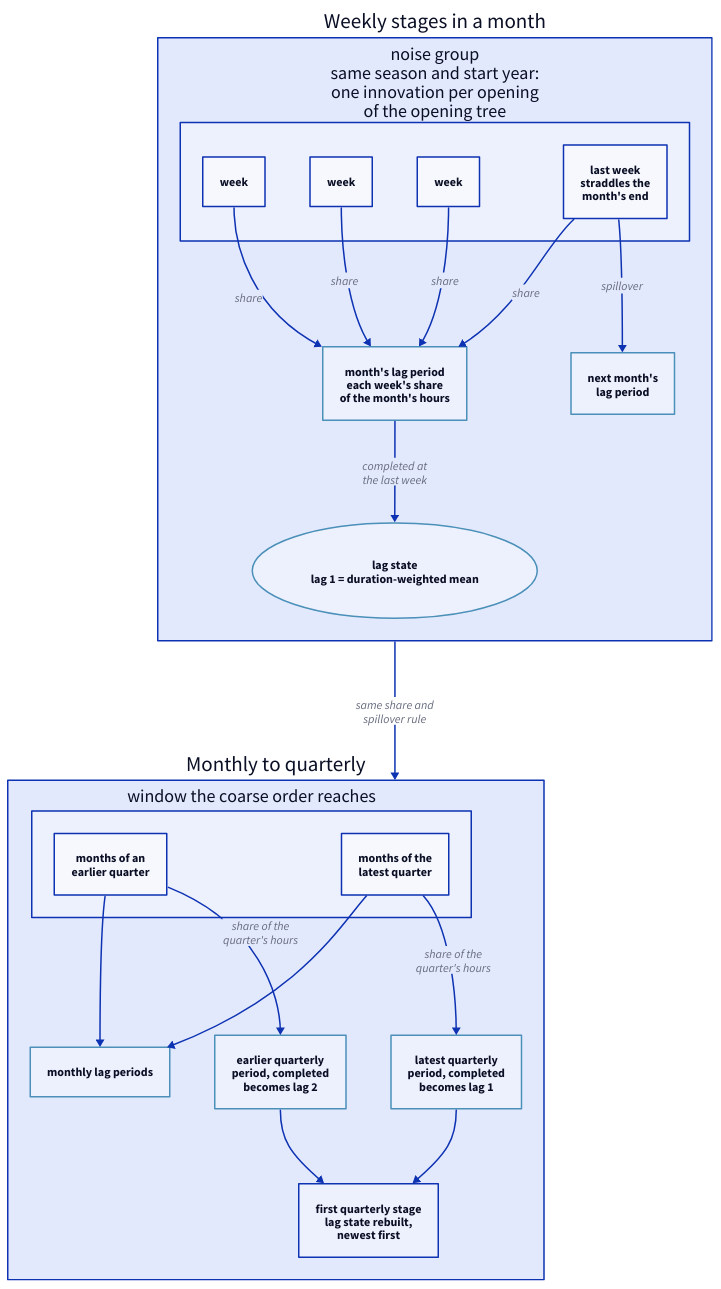
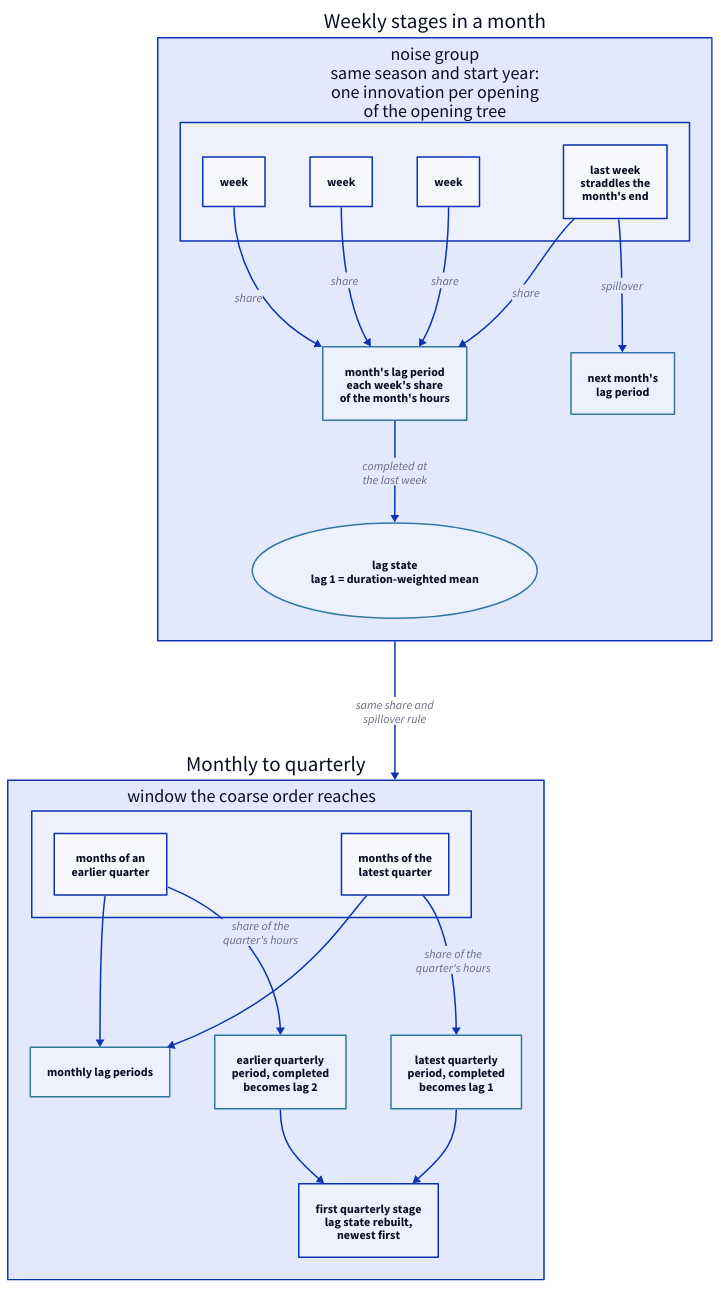
Before and after one commit to ons-ccee-epe/novomodelo-docs: the diagram in src/content/docs/math/multi-resolution-studies.md, drawn with D2. The commit also changed 31 other files, not shown here.

First line of the commit message:
feat(ui): give diagrams, charts, entities and asides the element palette

````diff
--- a/src/content/docs/math/multi-resolution-studies.md
+++ b/src/content/docs/math/multi-resolution-studies.md
@@ -95,54 +95,54 @@
 ```d2
 direction: down
 
 classes: {
-  hydro: {style: {stroke: "#4a90b8"}}
+  hydro: {style: {stroke: "#3378a3"}}
 }
 
 weekly: "Weekly stages in a month" {
   direction: down
 
   group: "noise group\nsame season and start year:\none innovation per opening\nof the opening tree" {
     direction: right
     wk_a: "week"
     wk_b: "week"
     wk_c: "week"
     wk_last: "last week\nstraddles the\nmonth's end"
   }
 
   month_period: "month's lag period\neach week's share\nof the month's hours" {class: hydro}
   next_period: "next month's\nlag period" {class: hydro}
   lag_one: "lag state\nlag 1 = duration-weighted mean" {shape: oval; class: hydro}
 
   group.wk_a -> month_period: "share"
   group.wk_b -> month_period: "share"
   group.wk_c -> month_period: "share"
   group.wk_last -> month_period: "share"
   group.wk_last -> next_period: "spillover"
   month_period -> lag_one: "completed at\nthe last week"
 }
 
 coarse: "Monthly to quarterly" {
   direction: down
 
   window: "window the coarse order reaches" {
     direction: right
     months_old: "months of an\nearlier quarter"
     months_new: "months of the\nlatest quarter"
   }
 
   month_lags: "monthly lag periods" {class: hydro}
   quarter_old: "earlier quarterly\nperiod, completed\nbecomes lag 2" {class: hydro}
   quarter_new: "latest quarterly\nperiod, completed\nbecomes lag 1" {class: hydro}
   first_quarter: "first quarterly stage\nlag state rebuilt,\nnewest first"
 
   window.months_old -> month_lags
   window.months_new -> month_lags
   window.months_old -> quarter_old: "share of the\nquarter's hours"
   window.months_new -> quarter_new: "share of the\nquarter's hours"
   quarter_new -> first_quarter
   quarter_old -> first_quarter
 }
 
 weekly -> coarse: "same share and\nspillover rule"
 ```
````
